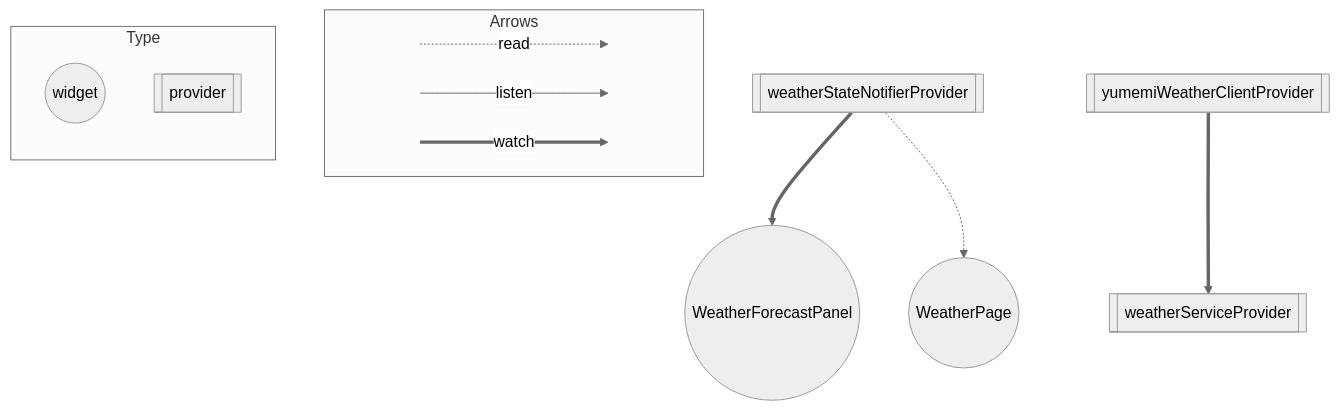
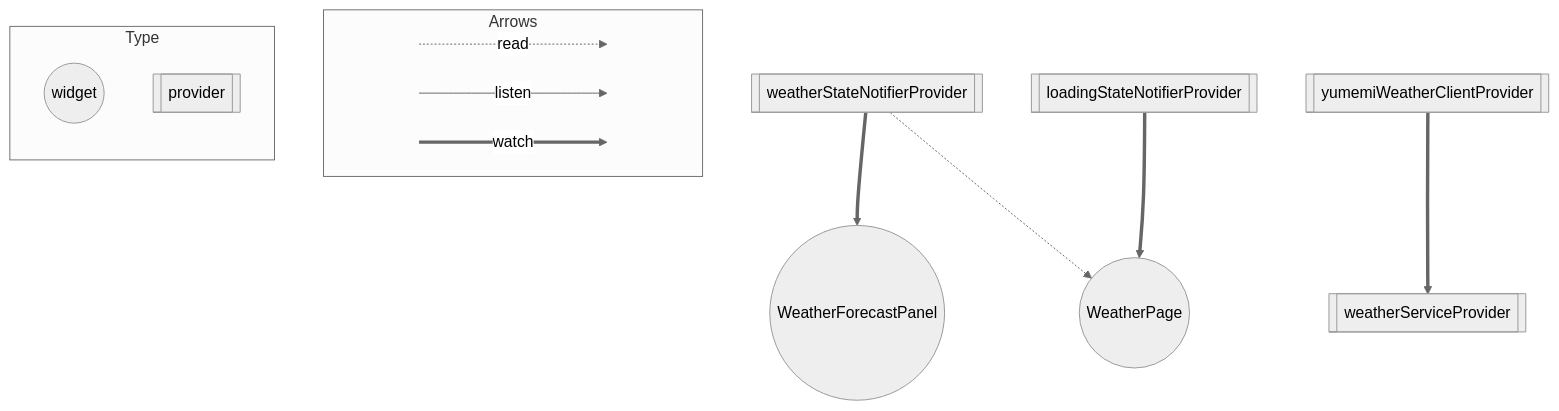
One commit to mqkotoo/flutter_training changed the diagram in doc/ARCHITECTURE.md. Above: the diagram before and after it, drawn with Mermaid (neutral theme). The commit also changed other lines of this file, not shown here.

Commit message:
Update provider dependencies

````diff
--- a/doc/ARCHITECTURE.md
+++ b/doc/ARCHITECTURE.md
@@ -64,30 +65,33 @@
 ```mermaid
 flowchart TB
   subgraph Arrows
     direction LR
     start1[ ] -..->|read| stop1[ ]
     style start1 height:0px;
     style stop1 height:0px;
     start2[ ] --->|listen| stop2[ ]
     style start2 height:0px;
     style stop2 height:0px;
     start3[ ] ===>|watch| stop3[ ]
     style start3 height:0px;
     style stop3 height:0px;
   end
   subgraph Type
     direction TB
     ConsumerWidget((widget));
     Provider[[provider]];
   end
 
   weatherStateNotifierProvider[["weatherStateNotifierProvider"]];
+  loadingStateNotifierProvider[["loadingStateNotifierProvider"]];
   weatherServiceProvider[["weatherServiceProvider"]];
   yumemiWeatherClientProvider[["yumemiWeatherClientProvider"]];
   WeatherForecastPanel((WeatherForecastPanel));
   WeatherPage((WeatherPage));
 
   weatherStateNotifierProvider ==> WeatherForecastPanel;
+  loadingStateNotifierProvider ==> WeatherPage;
   weatherStateNotifierProvider -.-> WeatherPage;
   yumemiWeatherClientProvider ==> weatherServiceProvider;
+
 ```
````
